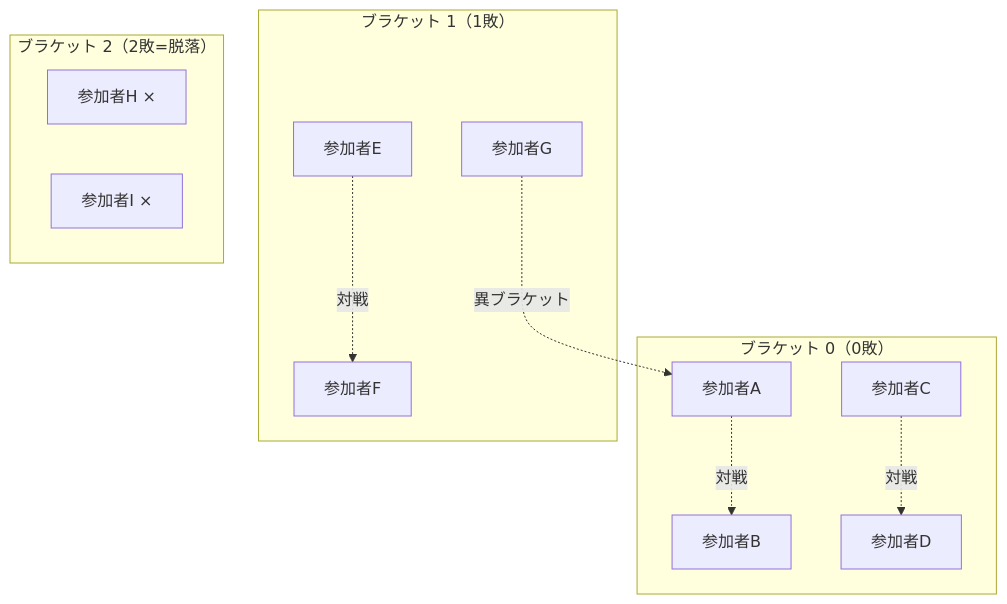
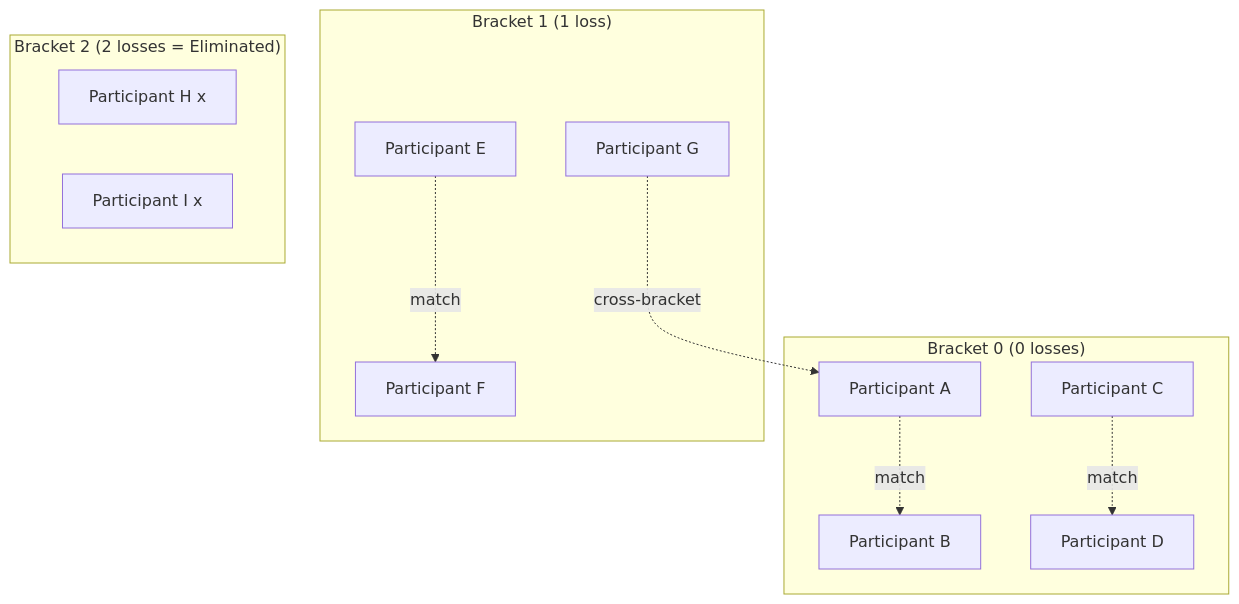
Before and after one commit to TomokiIshimine/llm-qualitative-sort: the second of 7 diagrams in docs/tournament.md, drawn with Mermaid. The commit also changed other lines of this file and 7 other files, not shown here.

````diff
--- a/docs/tournament.md
+++ b/docs/tournament.md
@@ -46,25 +48,25 @@
 ```mermaid
 graph TD
-    subgraph "ブラケット 0（0敗）"
-        A1[参加者A]
-        A2[参加者B]
-        A3[参加者C]
-        A4[参加者D]
+    subgraph "Bracket 0 (0 losses)"
+        A1[Participant A]
+        A2[Participant B]
+        A3[Participant C]
+        A4[Participant D]
     end
 
-    subgraph "ブラケット 1（1敗）"
-        B1[参加者E]
-        B2[参加者F]
-        B3[参加者G]
+    subgraph "Bracket 1 (1 loss)"
+        B1[Participant E]
+        B2[Participant F]
+        B3[Participant G]
     end
 
-    subgraph "ブラケット 2（2敗=脱落）"
-        C1[参加者H ×]
-        C2[参加者I ×]
+    subgraph "Bracket 2 (2 losses = Eliminated)"
+        C1[Participant H x]
+        C2[Participant I x]
     end
 
-    A1 -.->|対戦| A2
-    A3 -.->|対戦| A4
-    B1 -.->|対戦| B2
-    B3 -.->|異ブラケット| A1
+    A1 -.->|match| A2
+    A3 -.->|match| A4
+    B1 -.->|match| B2
+    B3 -.->|cross-bracket| A1
 ```
````
